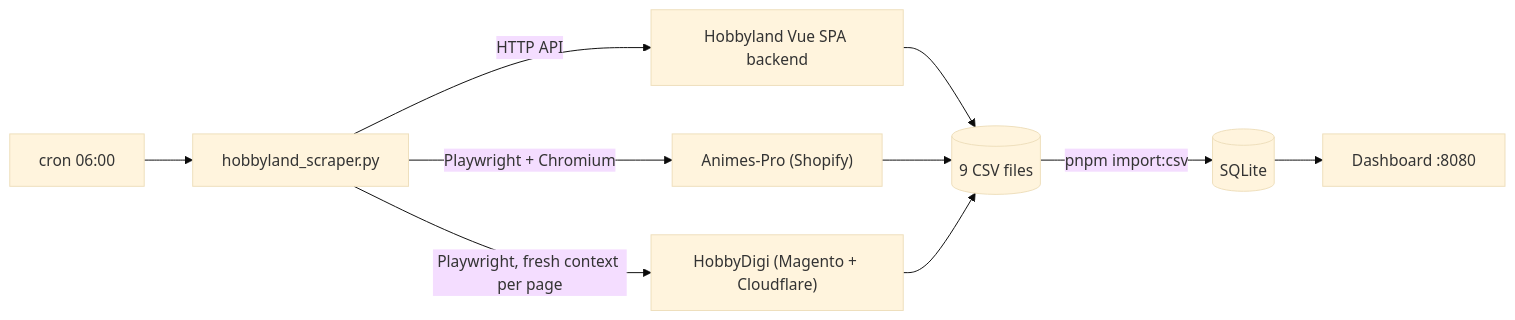
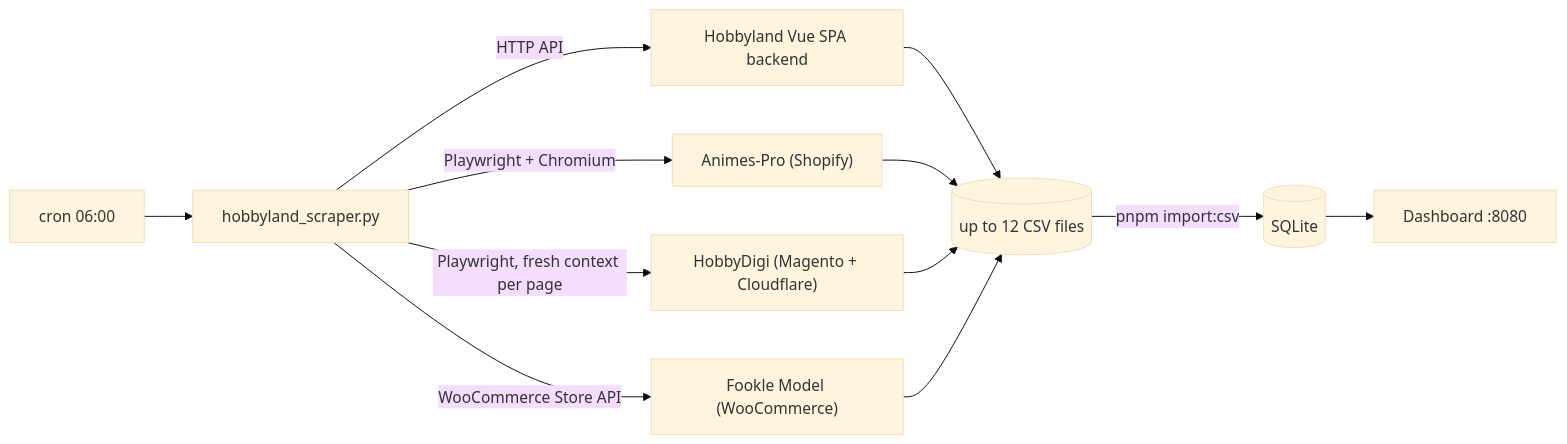
Before and after one commit to jakwong1981/hobbyland: the third of 3 diagrams in README.md, drawn with Mermaid (base theme). The commit also changed other lines of this file and 22 other files, not shown here.

Commit message:
Add Fookle Model as the fourth shop with Latin-word JAN matching

````diff
--- a/README.md
+++ b/README.md
@@ -307,12 +317,14 @@
 ```mermaid
 flowchart LR
     CRON["cron 06:00"] --> SC["hobbyland_scraper.py"]
     SC -->|"HTTP API"| HL["Hobbyland Vue SPA backend"]
     SC -->|"Playwright + Chromium"| AP["Animes-Pro (Shopify)"]
     SC -->|"Playwright, fresh context per page"| HD["HobbyDigi (Magento + Cloudflare)"]
-    HL --> CSV[("9 CSV files")]
+    SC -->|"WooCommerce Store API"| FM["Fookle Model (WooCommerce)"]
+    HL --> CSV[("up to 12 CSV files")]
     AP --> CSV
     HD --> CSV
+    FM --> CSV
     CSV -->|"pnpm import:csv"| DB[("SQLite")]
     DB --> UI["Dashboard :8080"]
 ```
````
